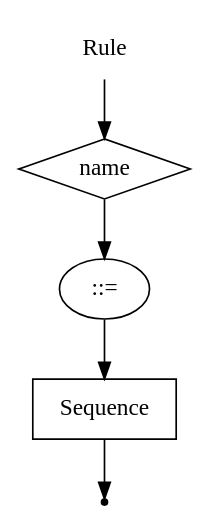
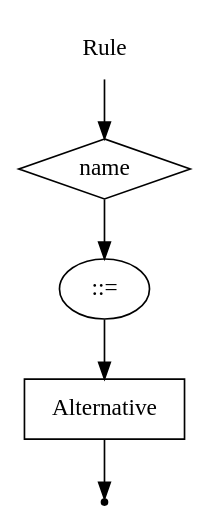
One commit to EgorGoluzin/DSL changed the diagram in DSLTools/examples/rbnf/wirth/Rule.gv. Above: the diagram before and after it, drawn with Graphviz. The commit also changed 17 other files, not shown here.

```diff
--- a/DSLTools/examples/rbnf/wirth/Rule.gv
+++ b/DSLTools/examples/rbnf/wirth/Rule.gv
@@ -1,11 +1,11 @@
 digraph Rule {
     start [label = "Rule" shape = plaintext];
     end [label = "" shape = point];
     A [label = "name" shape = diamond];
     B [label = "::=" shape = oval];
-    C [label = "Sequence" shape = box];
+    C [label = "Alternative" shape = box];
     start -> A;
     A -> B;
     B -> C;
     C -> end;
 }
```
